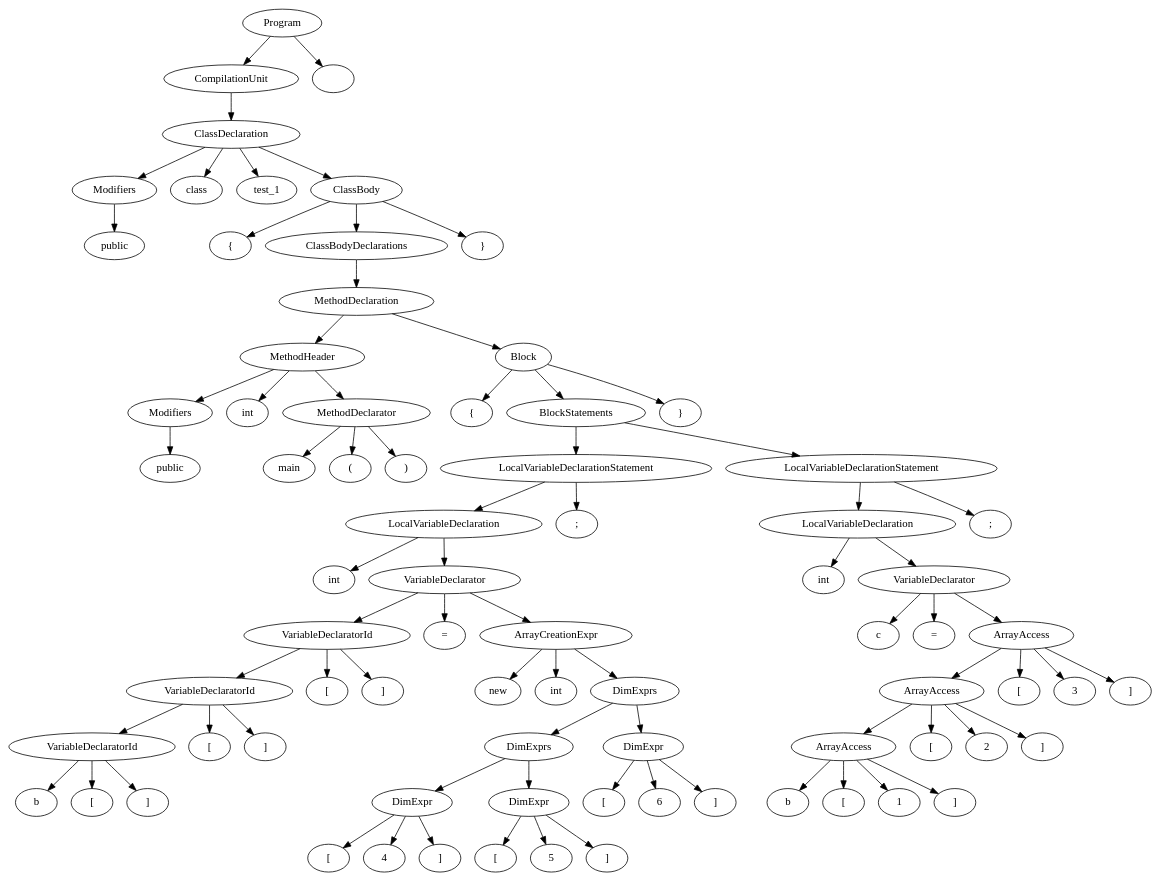
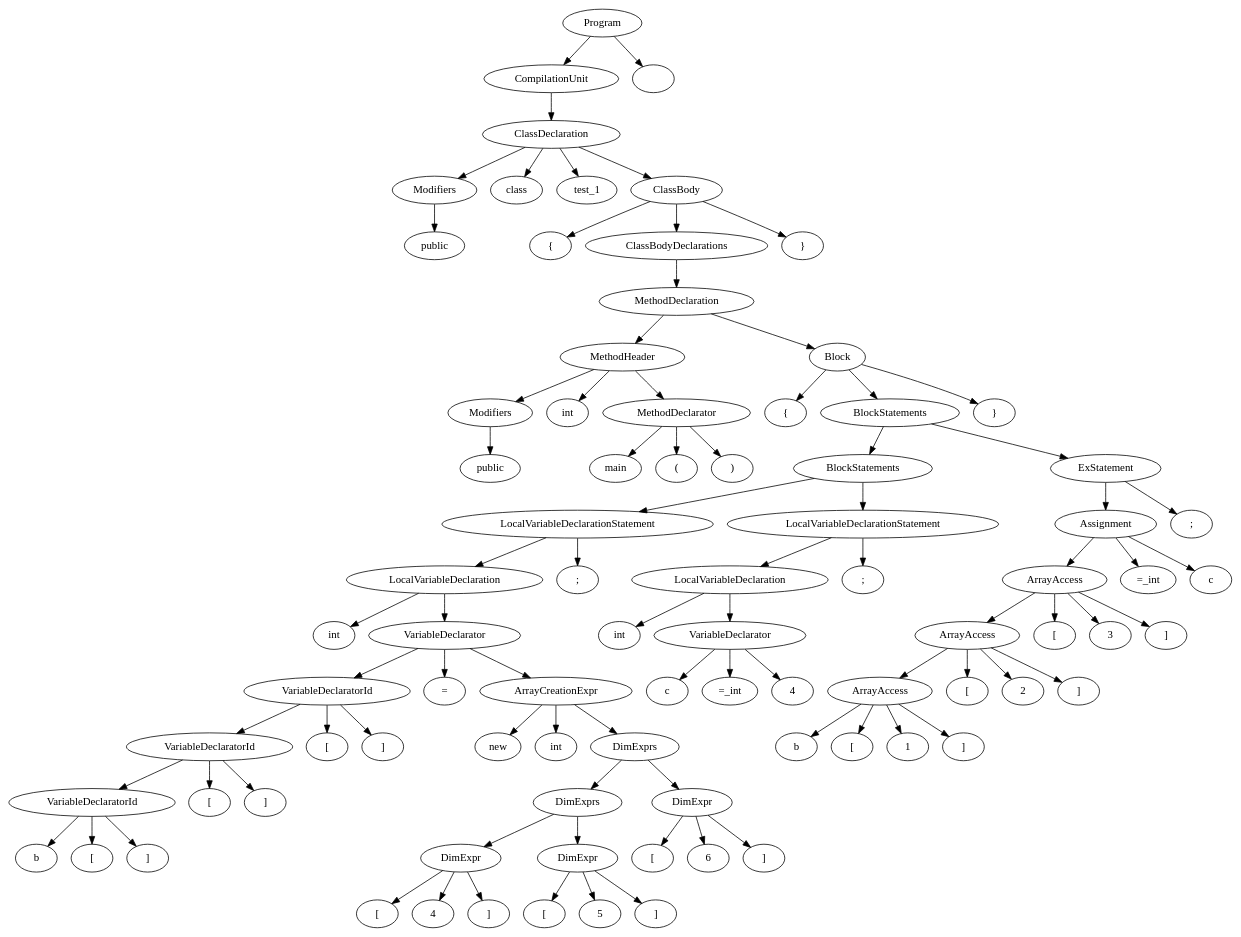
The diagram in cs335_project_200530/src/out.dot (sandeepb20/Milestone), drawn with Graphviz before and after one commit. The commit also changed 5 other files, not shown here.

```diff
--- a/cs335_project_200530/src/out.dot
+++ b/cs335_project_200530/src/out.dot
@@ -1,157 +1,171 @@
 digraph G {
 n1 [label="public"]
 n2 [label="Modifiers"]
 n2->n1;
 n3 [label="class"]
 n4 [label="test_1"]
 n5 [label="{"]
 n6 [label="public"]
 n7 [label="Modifiers"]
 n7->n6;
 n8 [label="int"]
 n9 [label="main"]
 n10 [label="("]
 n11 [label=")"]
 n12 [label="MethodDeclarator"]
 n12->n11;
 n12->n10;
 n12->n9;
 n13 [label="MethodHeader"]
 n13->n12;
 n13->n8;
 n13->n7;
 n14 [label="{"]
 n15 [label="int"]
 n16 [label="b"]
 n17 [label="["]
 n18 [label="]"]
 n19 [label="VariableDeclaratorId"]
 n19->n18;
 n19->n17;
 n19->n16;
 n20 [label="["]
 n21 [label="]"]
 n22 [label="VariableDeclaratorId"]
 n22->n21;
 n22->n20;
 n22->n19;
 n23 [label="["]
 n24 [label="]"]
 n25 [label="VariableDeclaratorId"]
 n25->n24;
 n25->n23;
 n25->n22;
 n26 [label="="]
 n27 [label="new"]
 n28 [label="int"]
 n29 [label="["]
 n30 [label="4"]
 n31 [label="]"]
 n32 [label="DimExpr"]
 n32->n31;
 n32->n30;
 n32->n29;
 n33 [label="["]
 n34 [label="5"]
 n35 [label="]"]
 n36 [label="DimExpr"]
 n36->n35;
 n36->n34;
 n36->n33;
 n37 [label="DimExprs"]
 n37->n36;
 n37->n32;
 n38 [label="["]
 n39 [label="6"]
 n40 [label="]"]
 n41 [label="DimExpr"]
 n41->n40;
 n41->n39;
 n41->n38;
 n42 [label="DimExprs"]
 n42->n41;
 n42->n37;
 n43 [label="ArrayCreationExpr"]
 n43->n42;
 n43->n28;
 n43->n27;
 n44 [label="VariableDeclarator"]
 n44->n43;
 n44->n26;
 n44->n25;
 n45 [label="LocalVariableDeclaration"]
 n45->n44;
 n45->n15;
 n46 [label=";"]
 n47 [label="LocalVariableDeclarationStatement"]
 n47->n46;
 n47->n45;
 n48 [label="int"]
 n49 [label="c"]
-n50 [label="="]
-n51 [label="b"]
-n52 [label="["]
-n53 [label="1"]
-n54 [label="]"]
-n55 [label="ArrayAccess"]
+n50 [label="=_int"]
+n51 [label="4"]
+n52 [label="VariableDeclarator"]
+n52->n51;
+n52->n50;
+n52->n49;
+n53 [label="LocalVariableDeclaration"]
+n53->n52;
+n53->n48;
+n54 [label=";"]
+n55 [label="LocalVariableDeclarationStatement"]
 n55->n54;
 n55->n53;
-n55->n52;
-n55->n51;
-n56 [label="["]
-n57 [label="2"]
-n58 [label="]"]
-n59 [label="ArrayAccess"]
-n59->n58;
-n59->n57;
-n59->n56;
-n59->n55;
-n60 [label="["]
-n61 [label="3"]
-n62 [label="]"]
-n63 [label="ArrayAccess"]
-n63->n62;
-n63->n61;
-n63->n60;
-n63->n59;
-n64 [label="VariableDeclarator"]
-n64->n63;
-n64->n50;
-n64->n49;
-n65 [label="LocalVariableDeclaration"]
+n56 [label="BlockStatements"]
+n56->n55;
+n56->n47;
+n57 [label="b"]
+n58 [label="["]
+n59 [label="1"]
+n60 [label="]"]
+n61 [label="ArrayAccess"]
+n61->n60;
+n61->n59;
+n61->n58;
+n61->n57;
+n62 [label="["]
+n63 [label="2"]
+n64 [label="]"]
+n65 [label="ArrayAccess"]
 n65->n64;
-n65->n48;
-n66 [label=";"]
-n67 [label="LocalVariableDeclarationStatement"]
-n67->n66;
-n67->n65;
-n68 [label="BlockStatements"]
-n68->n67;
-n68->n47;
-n69 [label="}"]
-n70 [label="Block"]
-n70->n69;
-n70->n68;
-n70->n14;
-n71 [label="MethodDeclaration"]
-n71->n70;
-n71->n13;
-n72 [label="ClassBodyDeclarations"]
+n65->n63;
+n65->n62;
+n65->n61;
+n66 [label="["]
+n67 [label="3"]
+n68 [label="]"]
+n69 [label="ArrayAccess"]
+n69->n68;
+n69->n67;
+n69->n66;
+n69->n65;
+n70 [label="=_int"]
+n71 [label="c"]
+n72 [label="Assignment"]
 n72->n71;
-n73 [label="}"]
-n74 [label="ClassBody"]
+n72->n70;
+n72->n69;
+n73 [label=";"]
+n74 [label="ExStatement"]
 n74->n73;
 n74->n72;
-n74->n5;
-n75 [label="ClassDeclaration"]
+n75 [label="BlockStatements"]
 n75->n74;
-n75->n4;
-n75->n3;
-n75->n2;
-n76 [label="CompilationUnit"]
-n76->n75;
-n77 [label="Program"]
-n77->n78;
+n75->n56;
+n76 [label="}"]
+n77 [label="Block"]
 n77->n76;
-n78 [label=""]
+n77->n75;
+n77->n14;
+n78 [label="MethodDeclaration"]
+n78->n77;
+n78->n13;
+n79 [label="ClassBodyDeclarations"]
+n79->n78;
+n80 [label="}"]
+n81 [label="ClassBody"]
+n81->n80;
+n81->n79;
+n81->n5;
+n82 [label="ClassDeclaration"]
+n82->n81;
+n82->n4;
+n82->n3;
+n82->n2;
+n83 [label="CompilationUnit"]
+n83->n82;
+n84 [label="Program"]
+n84->n85;
+n84->n83;
+n85 [label=""]
 }
```
